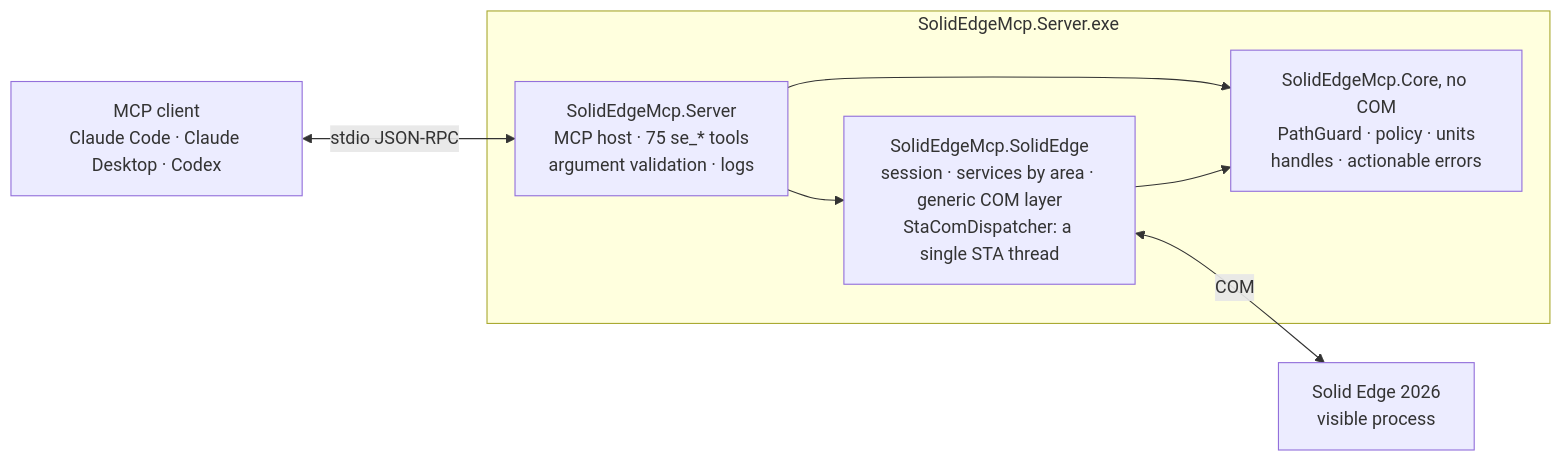
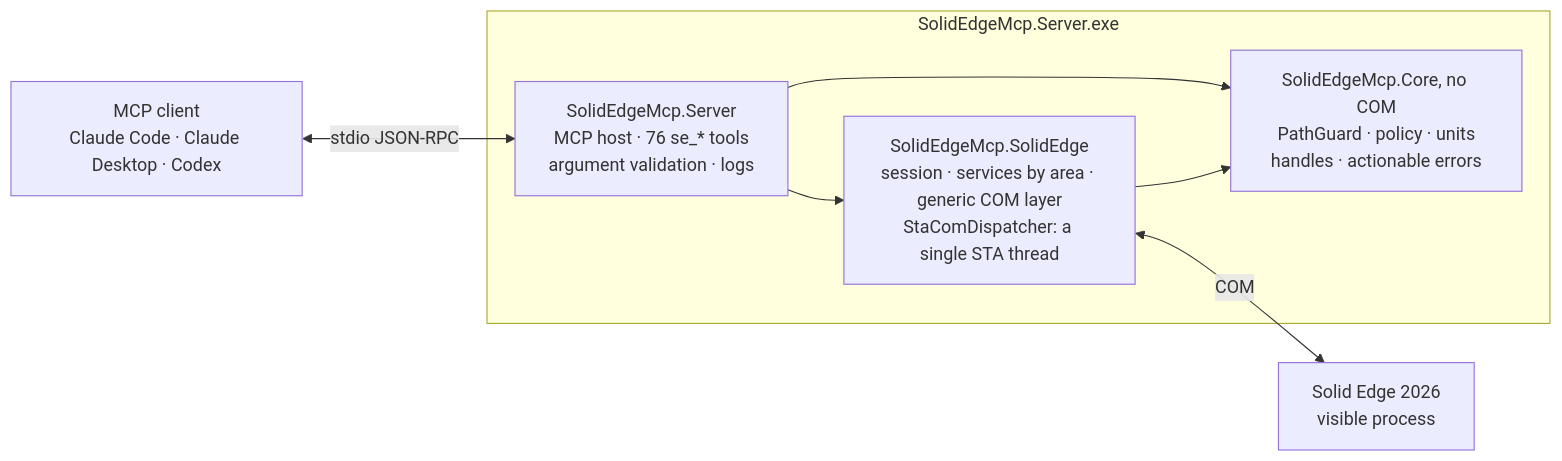
One commit to gabichuuuuu/solid-edge-mcp changed the diagram in README.md. Above: the diagram before and after it, drawn with Mermaid. The commit also changed other lines of this file and 18 other files, not shown here.

````diff
--- a/README.md
+++ b/README.md
@@ -318,18 +319,18 @@
 ```mermaid
 flowchart LR
     client["MCP client<br/>Claude Code · Claude Desktop · Codex"]
 
     subgraph exe ["SolidEdgeMcp.Server.exe"]
-        server["SolidEdgeMcp.Server<br/>MCP host · 75 se_* tools<br/>argument validation · logs"]
+        server["SolidEdgeMcp.Server<br/>MCP host · 76 se_* tools<br/>argument validation · logs"]
         se["SolidEdgeMcp.SolidEdge<br/>session · services by area · generic COM layer<br/>StaComDispatcher: a single STA thread"]
         core["SolidEdgeMcp.Core, no COM<br/>PathGuard · policy · units<br/>handles · actionable errors"]
         server --> se
         server --> core
         se --> core
     end
 
     app["Solid Edge 2026<br/>visible process"]
 
     client <-->|stdio JSON-RPC| server
     se <-->|COM| app
 ```
````
